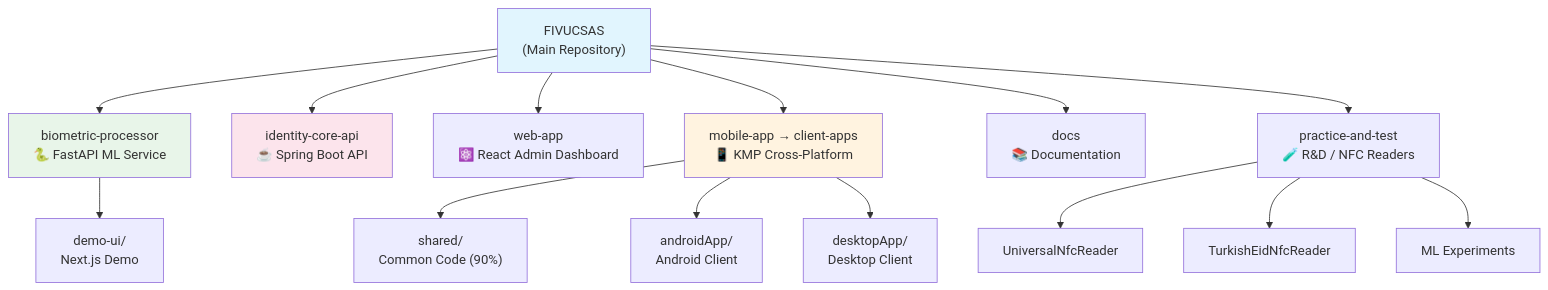
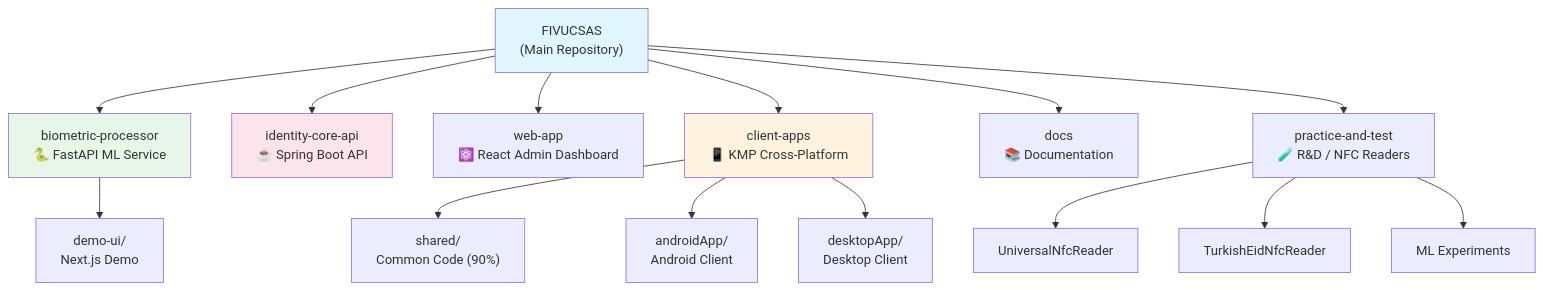
One commit to Rollingcat-Software/docs changed the third of 20 diagrams in 02-architecture/ARCHITECTURE_DIAGRAMS.md. Above: the diagram before and after it, drawn with Mermaid. The commit also changed other lines of this file and 6 other files, not shown here.

First line of the commit message:
Rename mobile-app to client-apps across documentation

````diff
--- a/02-architecture/ARCHITECTURE_DIAGRAMS.md
+++ b/02-architecture/ARCHITECTURE_DIAGRAMS.md
@@ -120,26 +120,26 @@
 ```mermaid
 graph TD
     ROOT["FIVUCSAS<br/>(Main Repository)"]
 
     ROOT --> BP["biometric-processor<br/>🐍 FastAPI ML Service"]
     ROOT --> ICA["identity-core-api<br/>☕ Spring Boot API"]
     ROOT --> WA["web-app<br/>⚛️ React Admin Dashboard"]
-    ROOT --> MA["mobile-app → client-apps<br/>📱 KMP Cross-Platform"]
+    ROOT --> CA["client-apps<br/>📱 KMP Cross-Platform"]
     ROOT --> DOCS["docs<br/>📚 Documentation"]
     ROOT --> PT["practice-and-test<br/>🧪 R&D / NFC Readers"]
 
-    MA --> SHARED["shared/<br/>Common Code (90%)"]
-    MA --> ANDROID["androidApp/<br/>Android Client"]
-    MA --> DESKAPP["desktopApp/<br/>Desktop Client"]
+    CA --> SHARED["shared/<br/>Common Code (90%)"]
+    CA --> ANDROID["androidApp/<br/>Android Client"]
+    CA --> DESKAPP["desktopApp/<br/>Desktop Client"]
 
     BP --> DEMOGUI["demo-ui/<br/>Next.js Demo"]
 
     PT --> NFC1["UniversalNfcReader"]
     PT --> NFC2["TurkishEidNfcReader"]
     PT --> MLEXP["ML Experiments"]
 
     style ROOT fill:#e1f5fe
-    style MA fill:#fff3e0
+    style CA fill:#fff3e0
     style BP fill:#e8f5e9
     style ICA fill:#fce4ec
 ```
````
